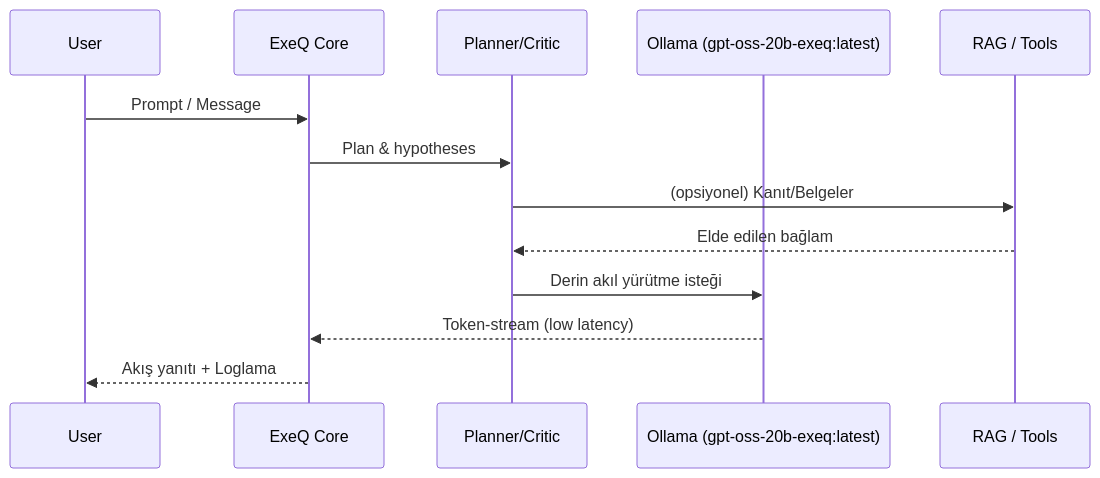
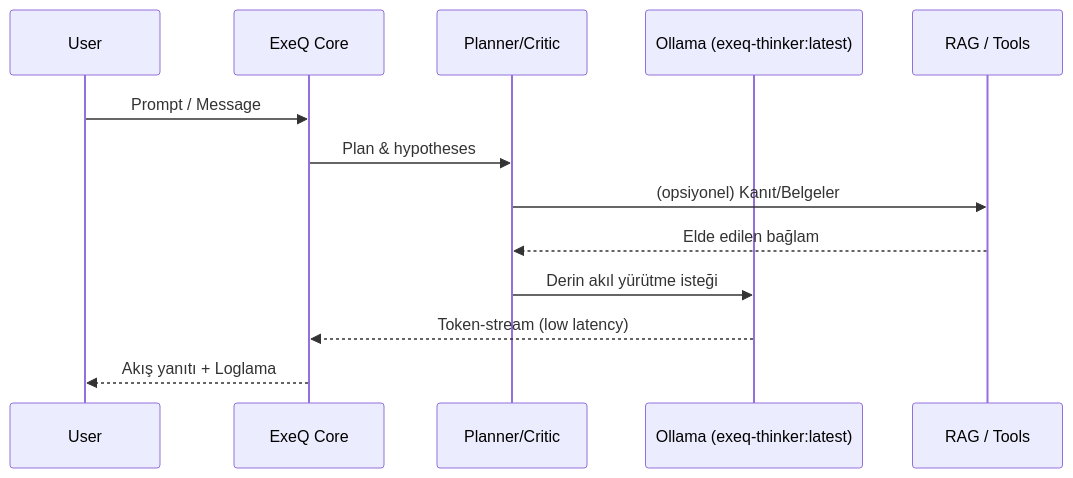
Before and after one commit to BRIQ-Consultancy/ExeQ-Thinker: the second of 2 diagrams in README.md, drawn with Mermaid. The commit also changed other lines of this file, not shown here.

````diff
--- a/README.md
+++ b/README.md
@@ -69,15 +69,15 @@
 ```mermaid
 sequenceDiagram
     participant U as User
     participant C as ExeQ Core
     participant P as Planner/Critic
-    participant O as Ollama (gpt-oss-20b-exeq:latest)
+    participant O as Ollama (exeq-thinker:latest)
     participant R as RAG / Tools
     U->>C: Prompt / Message
     C->>P: Plan & hypotheses
     P->>R: (opsiyonel) Kanıt/Belgeler
     R-->>P: Elde edilen bağlam
     P->>O: Derin akıl yürütme isteği
     O-->>C: Token-stream (low latency)
     C-->>U: Akış yanıtı + Loglama
 ```
````
